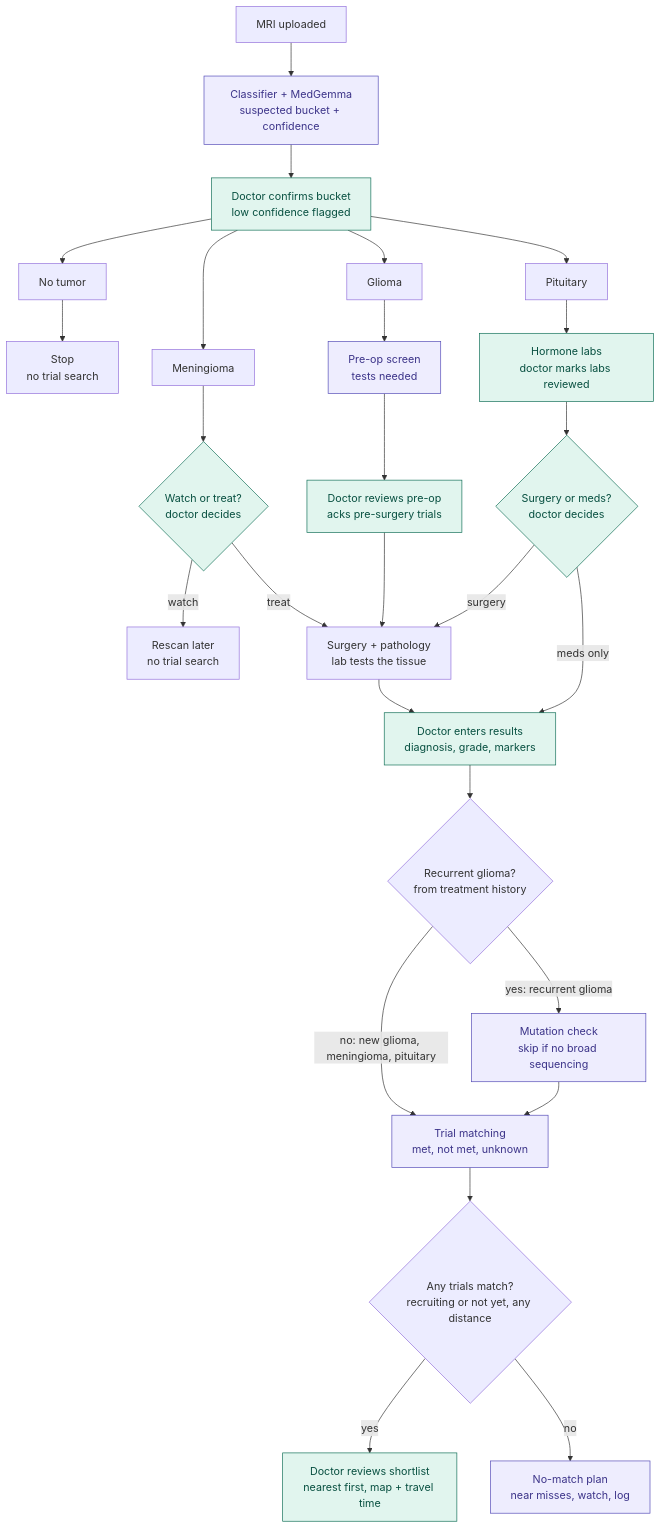
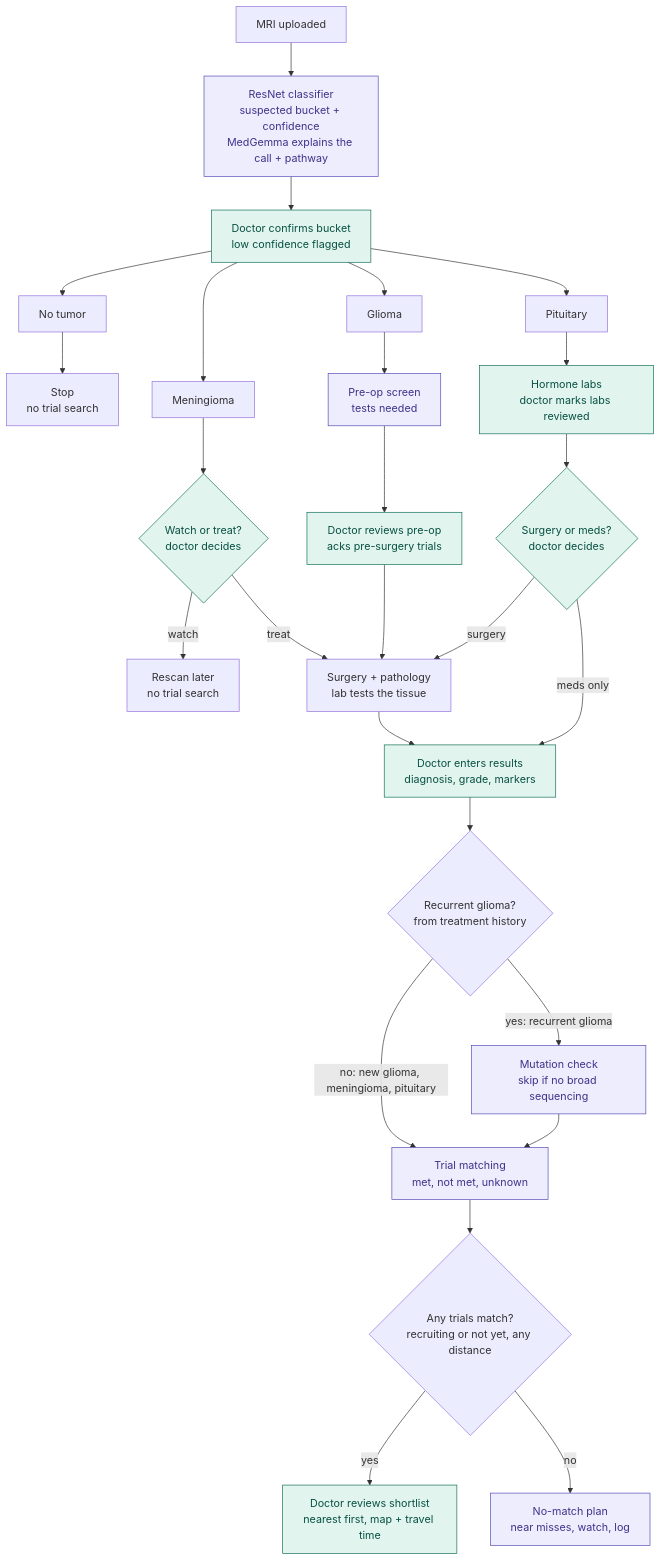
Before and after one commit to mohjique/cortexa: the diagram in docs/decision-tree.md, drawn with Mermaid. The commit also changed other lines of this file and 21 other files, not shown here.

First line of the commit message:
MedGemma explains the ResNet call instead of voting (#37)

````diff
--- a/docs/decision-tree.md
+++ b/docs/decision-tree.md
@@ -9,32 +9,32 @@
 ```mermaid
 flowchart TD
-    A[MRI uploaded] --> B["Classifier + MedGemma<br/>suspected bucket + confidence"]
+    A[MRI uploaded] --> B["ResNet classifier<br/>suspected bucket + confidence<br/>MedGemma explains the call + pathway"]
     B --> C["Doctor confirms bucket<br/>low confidence flagged"]
 
     C --> NT[No tumor] --> STOP["Stop<br/>no trial search"]
     C --> MEN[Meningioma] --> WT{"Watch or treat?<br/>doctor decides"}
     WT -- watch --> RESCAN["Rescan later<br/>no trial search"]
     WT -- treat --> SP
     C --> GL[Glioma] --> PRE["Pre-op screen<br/>tests needed"]
     PRE --> PR["Doctor reviews pre-op<br/>acks pre-surgery trials"]
     PR --> SP
     C --> PIT[Pituitary] --> HL["Hormone labs<br/>doctor marks labs reviewed"]
     HL --> SM{"Surgery or meds?<br/>doctor decides"}
     SM -- surgery --> SP
     SM -- "meds only" --> DR
 
     SP["Surgery + pathology<br/>lab tests the tissue"] --> DR["Doctor enters results<br/>diagnosis, grade, markers"]
     DR --> REC{"Recurrent glioma?<br/>from treatment history"}
     REC -- "no: new glioma, meningioma, pituitary" --> TM
     REC -- "yes: recurrent glioma" --> MC["Mutation check<br/>skip if no broad sequencing"]
     MC --> TM
 
     TM["Trial matching<br/>met, not met, unknown"] --> ANY{"Any trials match?<br/>recruiting or not yet, any distance"}
     ANY -- yes --> SL["Doctor reviews shortlist<br/>nearest first, map + travel time"]
     ANY -- no --> NM["No-match plan<br/>near misses, watch, log"]
 
     classDef ai fill:#EEEDFE,stroke:#534AB7,color:#3C3489
     classDef doc fill:#E1F5EE,stroke:#0F6E56,color:#085041
     class B,PRE,MC,TM,NM ai
     class C,WT,PR,HL,SM,DR,SL doc
 ```
````
